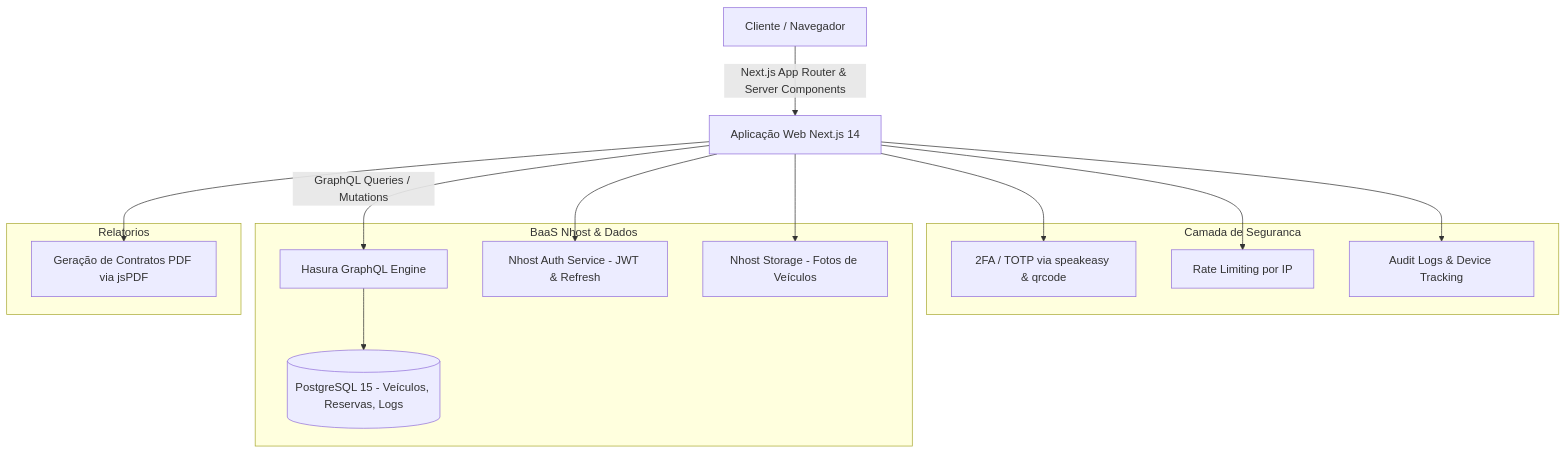
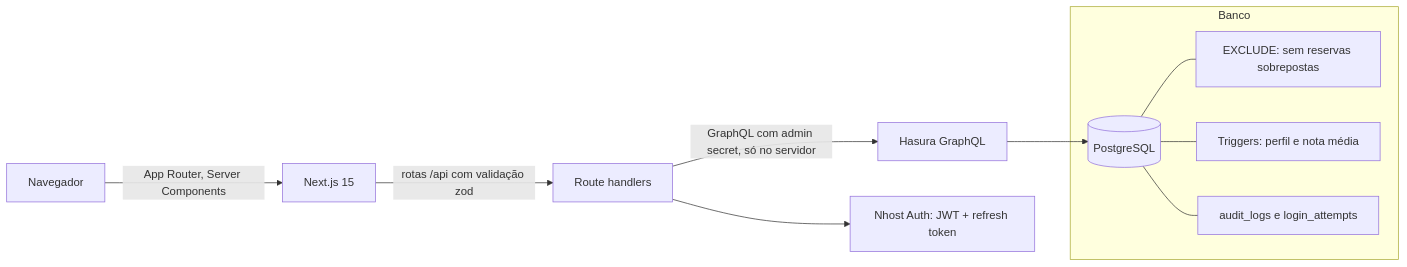
One commit to devraphaeldiniz/rentalcar changed the diagram in README.md. Above: the diagram before and after it, drawn with Mermaid. The commit also changed other lines of this file and 7 other files, not shown here.

````diff
--- a/README.md
+++ b/README.md
@@ -14,32 +48,13 @@
 ```mermaid
-flowchart TD
-    Browser[Cliente / Navegador] -->|Next.js App Router & Server Components| NextApp[Aplicação Web Next.js 14]
-    
-    subgraph Camada de Seguranca
-        TOTP[2FA / TOTP via speakeasy & qrcode]
-        RateLimit[Rate Limiting por IP]
-        Audit[Audit Logs & Device Tracking]
+flowchart LR
+    Browser[Navegador] -->|App Router, Server Components| Next[Next.js 15]
+    Next -->|rotas /api com validação zod| API[Route handlers]
+    API -->|GraphQL com admin secret, só no servidor| Hasura[Hasura GraphQL]
+    API --> Auth[Nhost Auth: JWT + refresh token]
+    Hasura --> PG[(PostgreSQL)]
+    subgraph Banco
+      PG --- EX[EXCLUDE: sem reservas sobrepostas]
+      PG --- TR[Triggers: perfil e nota média]
+      PG --- AU[audit_logs e login_attempts]
     end
-    
-    NextApp --> TOTP
-    NextApp --> RateLimit
-    NextApp --> Audit
-    
-    subgraph BaaS Nhost & Dados
-        Hasura[Hasura GraphQL Engine]
-        Postgres[(PostgreSQL 15 - Veículos, Reservas, Logs)]
-        AuthService[Nhost Auth Service - JWT & Refresh]
-        Storage[Nhost Storage - Fotos de Veículos]
-    end
-    
-    NextApp -->|GraphQL Queries / Mutations| Hasura
-    Hasura --> Postgres
-    NextApp --> AuthService
-    NextApp --> Storage
-    
-    subgraph Relatorios
-        PDFEngine[Geração de Contratos PDF via jsPDF]
-    end
-    
-    NextApp --> PDFEngine
 ```
````
